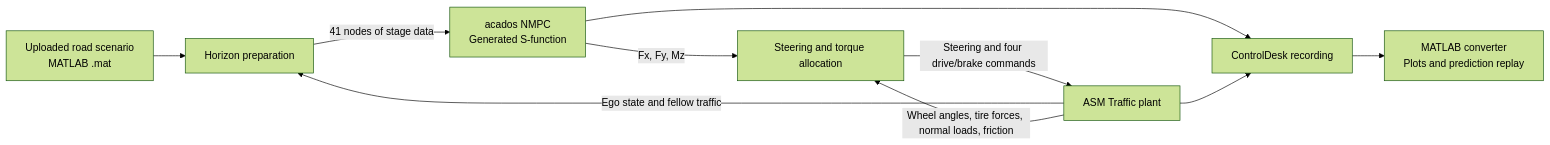
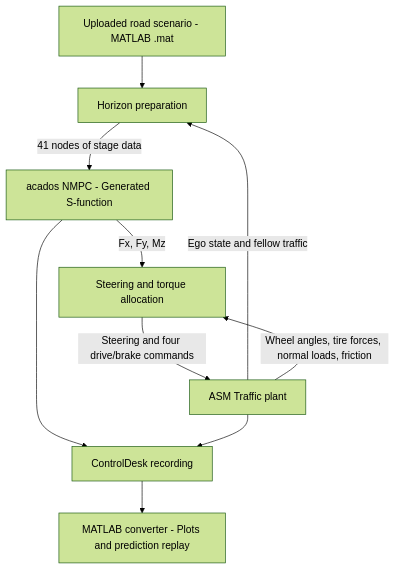
Before and after one commit to bhimray/real-time-performance-analysis: the diagram in README.md, drawn with Mermaid (forest theme). The commit also changed other lines of this file, not shown here.

````diff
--- a/README.md
+++ b/README.md
@@ -17,12 +17,12 @@
-~~~mermaid
-flowchart LR
-    R["Uploaded road scenario<br/>MATLAB .mat"] --> H["Horizon preparation"]
+```mermaid
+flowchart TD
+    R["Uploaded road scenario - MATLAB .mat"] --> H["Horizon preparation"]
     P["ASM Traffic plant"] -->|"Ego state and fellow traffic"| H
-    H -->|"41 nodes of stage data"| M["acados NMPC<br/>Generated S-function"]
+    H -->|"41 nodes of stage data"| M["acados NMPC - Generated S-function"]
     M -->|"Fx, Fy, Mz"| A["Steering and torque allocation"]
     P -->|"Wheel angles, tire forces, normal loads, friction"| A
     A -->|"Steering and four drive/brake commands"| P
     M --> D["ControlDesk recording"]
     P --> D
-    D --> V["MATLAB converter<br/>Plots and prediction replay"]
-~~~
+    D --> V["MATLAB converter - Plots and prediction replay"]
+```
````
